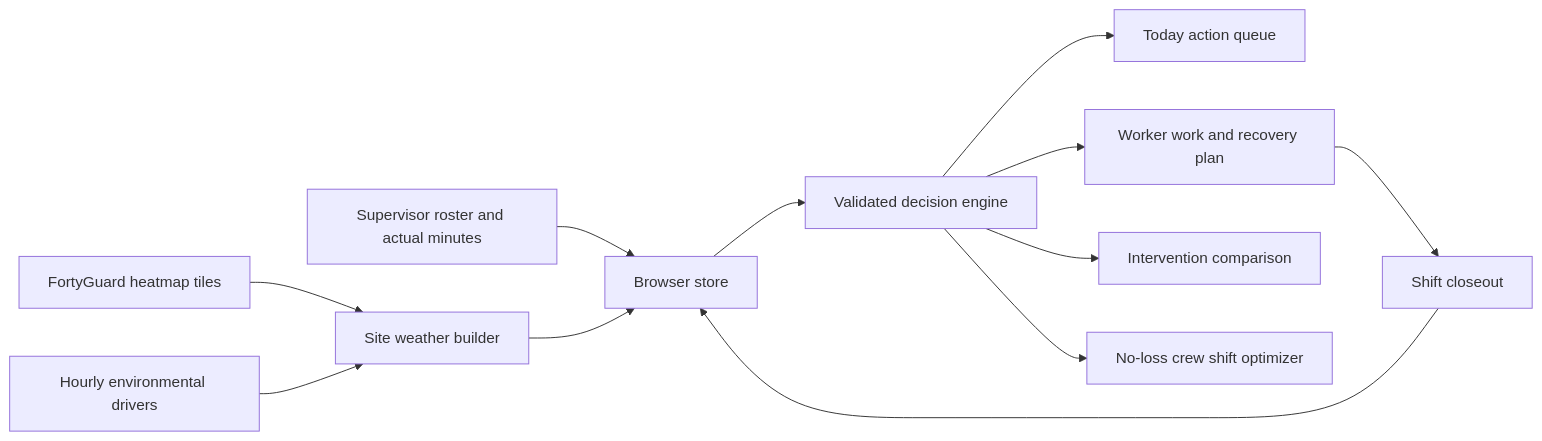
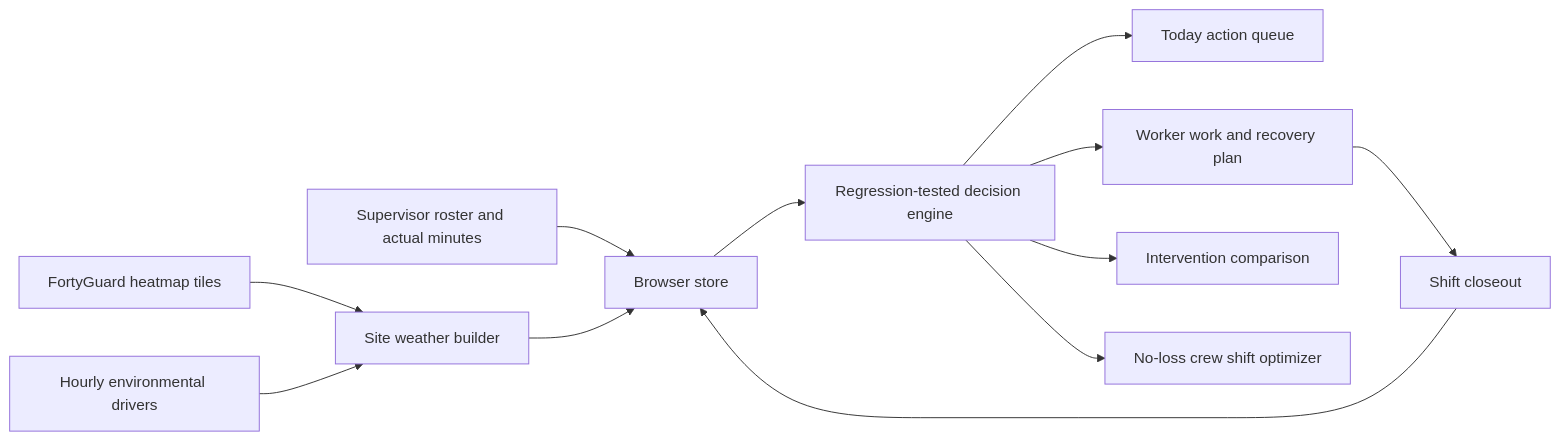
One commit to DataElk/sunup changed the diagram in README.md. Above: the diagram before and after it, drawn with Mermaid. The commit also changed other lines of this file and 12 other files, not shown here.

````diff
--- a/README.md
+++ b/README.md
@@ -85,14 +88,14 @@
 ```mermaid
 flowchart LR
     FG[FortyGuard heatmap tiles] --> W[Site weather builder]
     OM[Hourly environmental drivers] --> W
     U[Supervisor roster and actual minutes] --> S[Browser store]
     W --> S
-    S --> E[Validated decision engine]
+    S --> E[Regression-tested decision engine]
     E --> T[Today action queue]
     E --> P[Worker work and recovery plan]
     E --> I[Intervention comparison]
     E --> O[No-loss crew shift optimizer]
     P --> L[Shift closeout]
     L --> S
 ```
````
